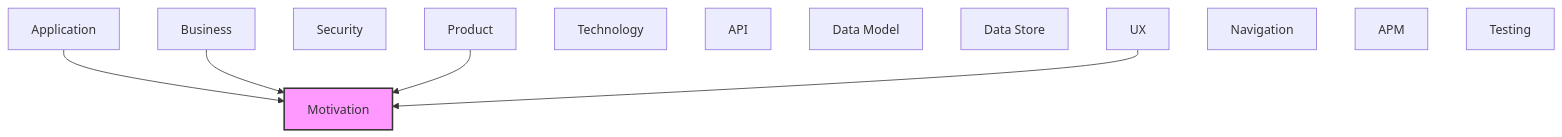
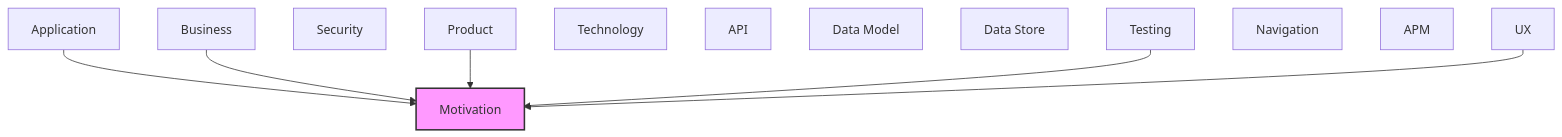
One commit to tinkermonkey/heimdall changed the second of 2 diagrams in documentation-robotics/reports/01-motivation-layer-report.md. Above: the diagram before and after it, drawn with Mermaid. The commit also changed other lines of this file and 18 other files, not shown here.

````diff
--- a/documentation-robotics/reports/01-motivation-layer-report.md
+++ b/documentation-robotics/reports/01-motivation-layer-report.md
@@ -69,22 +79,23 @@
 ```mermaid
 flowchart TB
   classDef current fill:#f9f,stroke:#333,stroke-width:2px
   motivation["Motivation"]
   business["Business"]
   product["Product"]
   security["Security"]
   application["Application"]
   technology["Technology"]
   api["API"]
   data_model["Data Model"]
   data_store["Data Store"]
   ux["UX"]
   navigation["Navigation"]
   apm["APM"]
   testing["Testing"]
   application --> motivation
   business --> motivation
   product --> motivation
+  testing --> motivation
   ux --> motivation
   class motivation current
 ```
````
